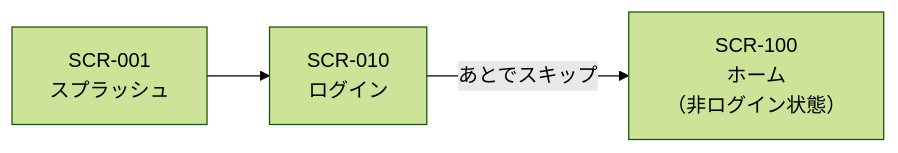
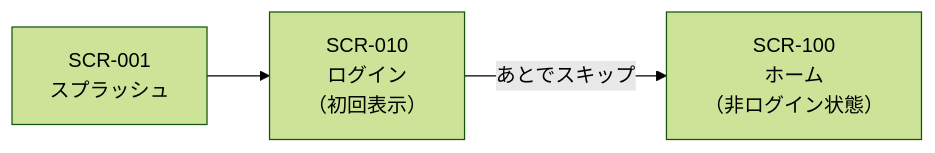
Before and after one commit to YukaHasebe/bi-su-app: the fourth of 17 diagrams in docs/04_画面遷移図.md, drawn with Mermaid (forest theme). The commit also changed other lines of this file and 7 other files, not shown here.

````diff
--- a/docs/04_画面遷移図.md
+++ b/docs/04_画面遷移図.md
@@ -190,5 +190,5 @@
 ```mermaid
 flowchart LR
-    A["SCR-001\nスプラッシュ"] --> B["SCR-010\nログイン"]
+    A["SCR-001\nスプラッシュ"] --> B["SCR-010\nログイン\n（初回表示）"]
     B -->|あとでスキップ| C["SCR-100\nホーム\n（非ログイン状態）"]
 ```
````
